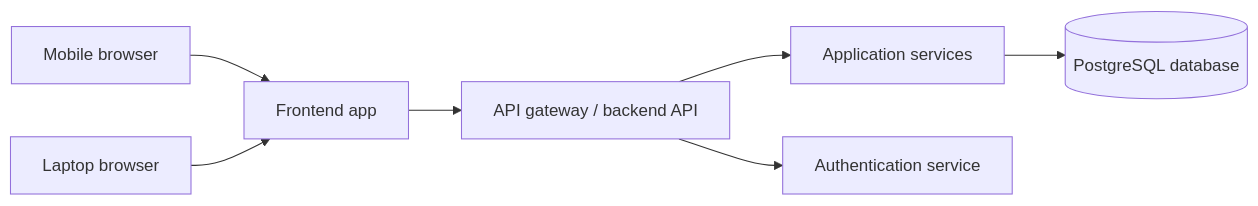
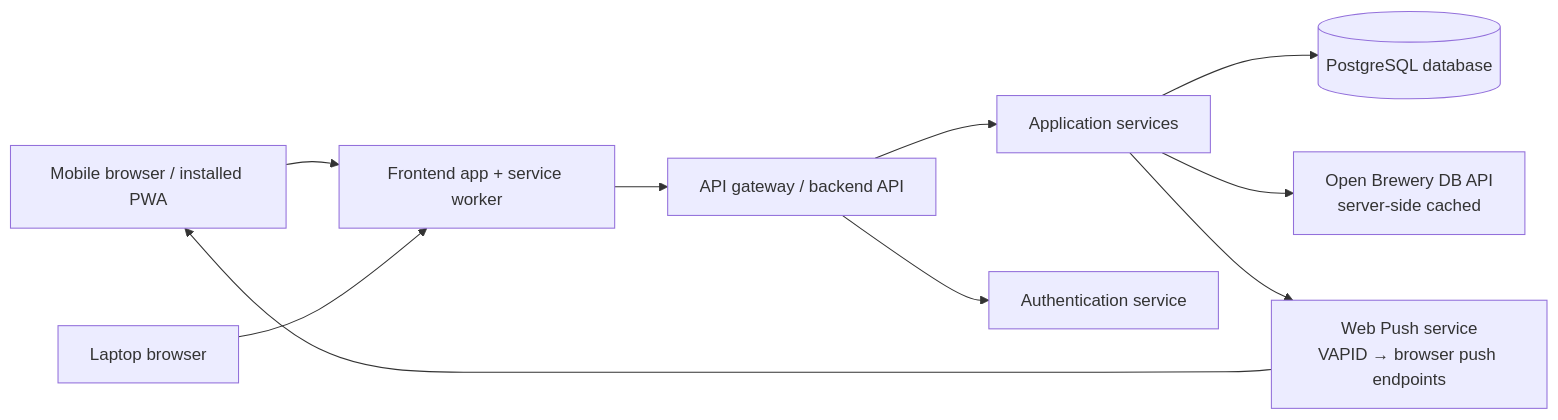
The diagram in TECHNICAL_ARCHITECTURE_PLAN.md (pmconnolly80/FinalCapstone), drawn with Mermaid before and after one commit. The commit also changed other lines of this file and 10 other files, not shown here.

````diff
--- a/TECHNICAL_ARCHITECTURE_PLAN.md
+++ b/TECHNICAL_ARCHITECTURE_PLAN.md
@@ -34,9 +34,12 @@
 ```mermaid
 flowchart LR
-    A[Mobile browser] --> B[Frontend app]
+    A[Mobile browser / installed PWA] --> B[Frontend app + service worker]
     C[Laptop browser] --> B
     B --> D[API gateway / backend API]
     D --> E[Application services]
     E --> F[(PostgreSQL database)]
     D --> G[Authentication service]
+    E --> H[Open Brewery DB API<br/>server-side cached]
+    E --> I[Web Push service<br/>VAPID → browser push endpoints]
+    I --> A
 ```
````
